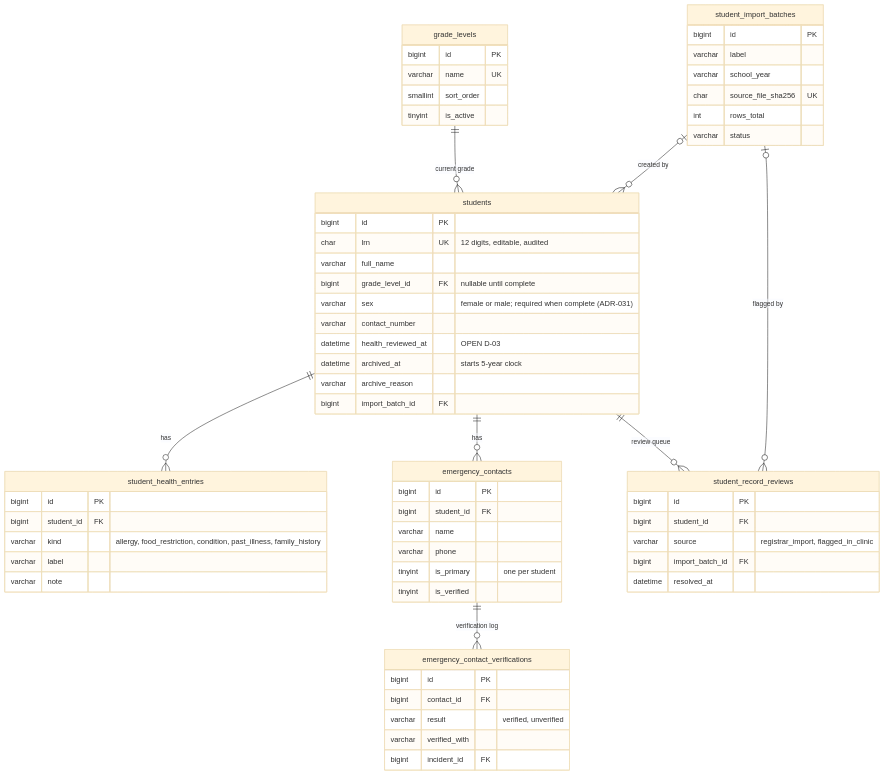
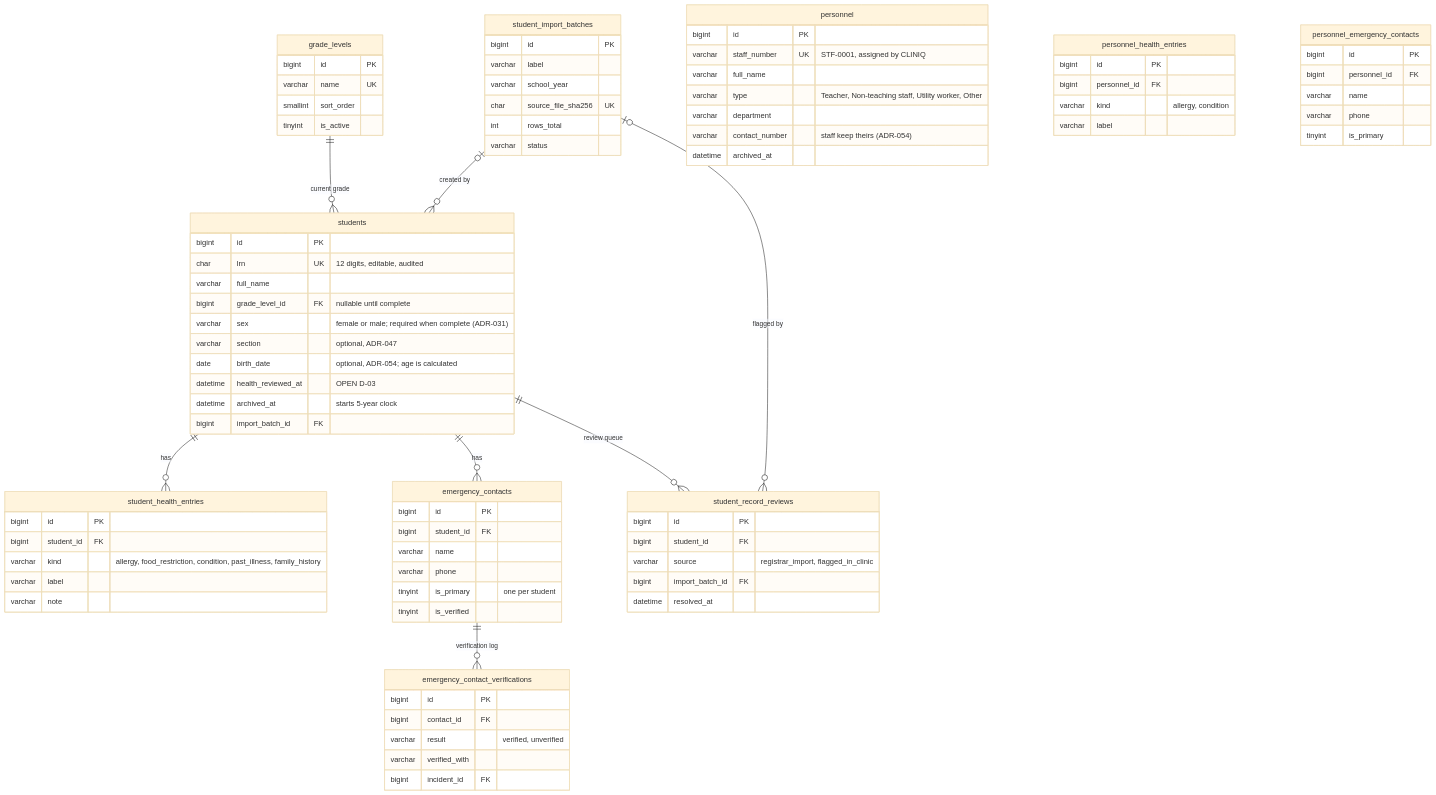
The second of 6 diagrams in CLINIQ-Knowledge-Base/02-Architecture/Database/ERD.md (zekuuu/cliniq), drawn with Mermaid (base theme) before and after one commit. The commit also changed other lines of this file and 1 other file, not shown here.

Commit message:
docs(erd): update the ERD and data dictionary to ADR-056

```diff
--- a/CLINIQ-Knowledge-Base/02-Architecture/Database/ERD.md
+++ b/CLINIQ-Knowledge-Base/02-Architecture/Database/ERD.md
@@ -166,11 +182,33 @@
         varchar full_name
         bigint grade_level_id FK "nullable until complete"
         varchar sex "female or male; required when complete (ADR-031)"
-        varchar contact_number
+        varchar section "optional, ADR-047"
+        date birth_date "optional, ADR-054; age is calculated"
         datetime health_reviewed_at "OPEN D-03"
         datetime archived_at "starts 5-year clock"
-        varchar archive_reason
         bigint import_batch_id FK
+    }
+    personnel {
+        bigint id PK
+        varchar staff_number UK "STF-0001, assigned by CLINIQ"
+        varchar full_name
+        varchar type "Teacher, Non-teaching staff, Utility worker, Other"
+        varchar department
+        varchar contact_number "staff keep theirs (ADR-054)"
+        datetime archived_at
+    }
+    personnel_health_entries {
+        bigint id PK
+        bigint personnel_id FK
+        varchar kind "allergy, condition"
+        varchar label
+    }
+    personnel_emergency_contacts {
+        bigint id PK
+        bigint personnel_id FK
+        varchar name
+        varchar phone
+        tinyint is_primary
     }
     student_health_entries {
         bigint id PK
```
